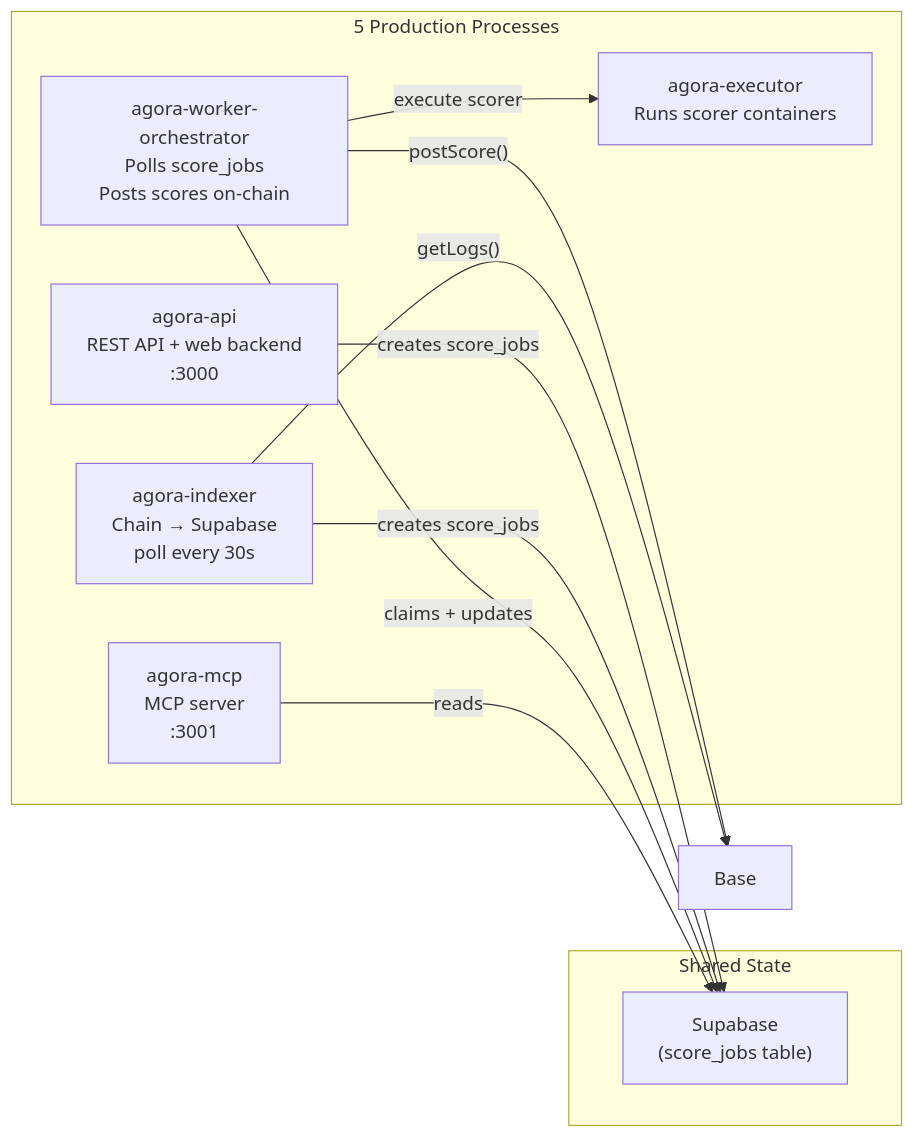
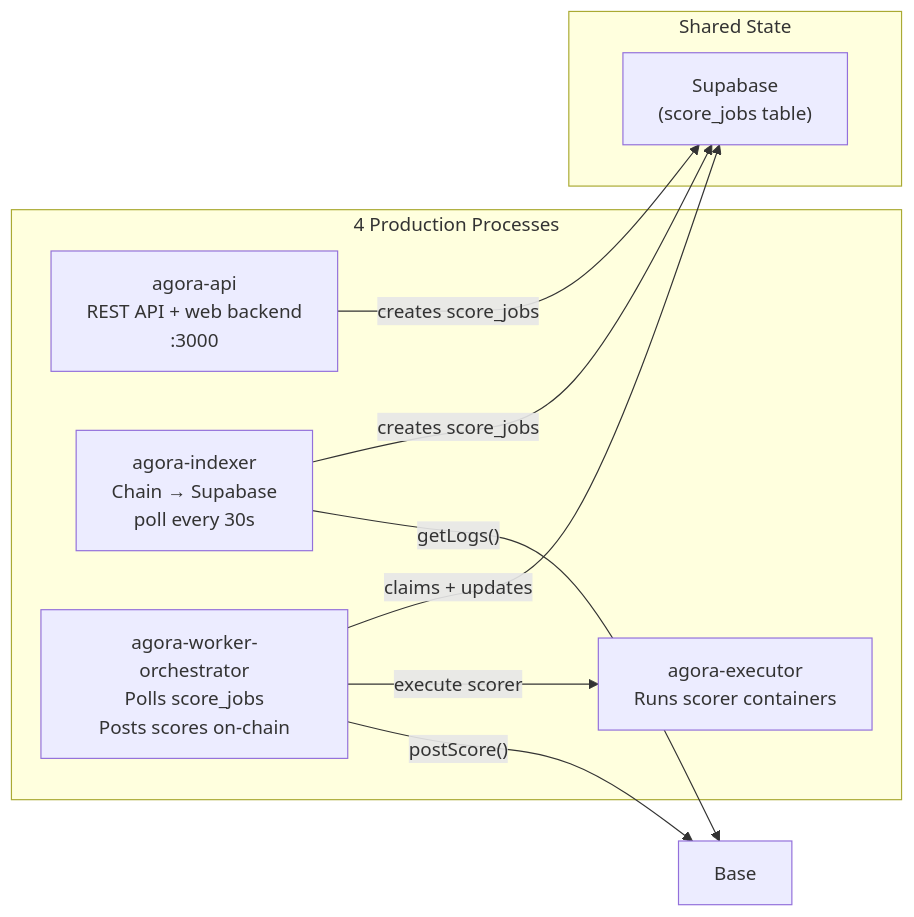
Before and after one commit to andymolecule/Hermes: the second of 3 diagrams in docs/operations.md, drawn with Mermaid. The commit also changed other lines of this file and 166 other files, not shown here.

Commit message:
Hard-cut machine contract cleanup and runtime schema enforcement

````diff
--- a/docs/operations.md
+++ b/docs/operations.md
@@ -103,23 +98,21 @@
 ```mermaid
 flowchart LR
-    subgraph Processes["5 Production Processes"]
+    subgraph Processes["4 Production Processes"]
         API["agora-api<br/>REST API + web backend<br/>:3000"]
         Idx["agora-indexer<br/>Chain → Supabase<br/>poll every 30s"]
         Worker["agora-worker-orchestrator<br/>Polls score_jobs<br/>Posts scores on-chain"]
         Executor["agora-executor<br/>Runs scorer containers"]
-        MCP["agora-mcp<br/>MCP server<br/>:3001"]
     end
 
     subgraph Shared["Shared State"]
         DB["Supabase<br/>(score_jobs table)"]
     end
 
     API -->|"creates score_jobs"| DB
     Idx -->|"creates score_jobs"| DB
     Worker -->|"claims + updates"| DB
-    MCP -->|"reads"| DB
 
     Worker -->|"execute scorer"| Executor
     Worker -->|"postScore()"| Chain["Base"]
     Idx -->|"getLogs()"| Chain
 ```
````
